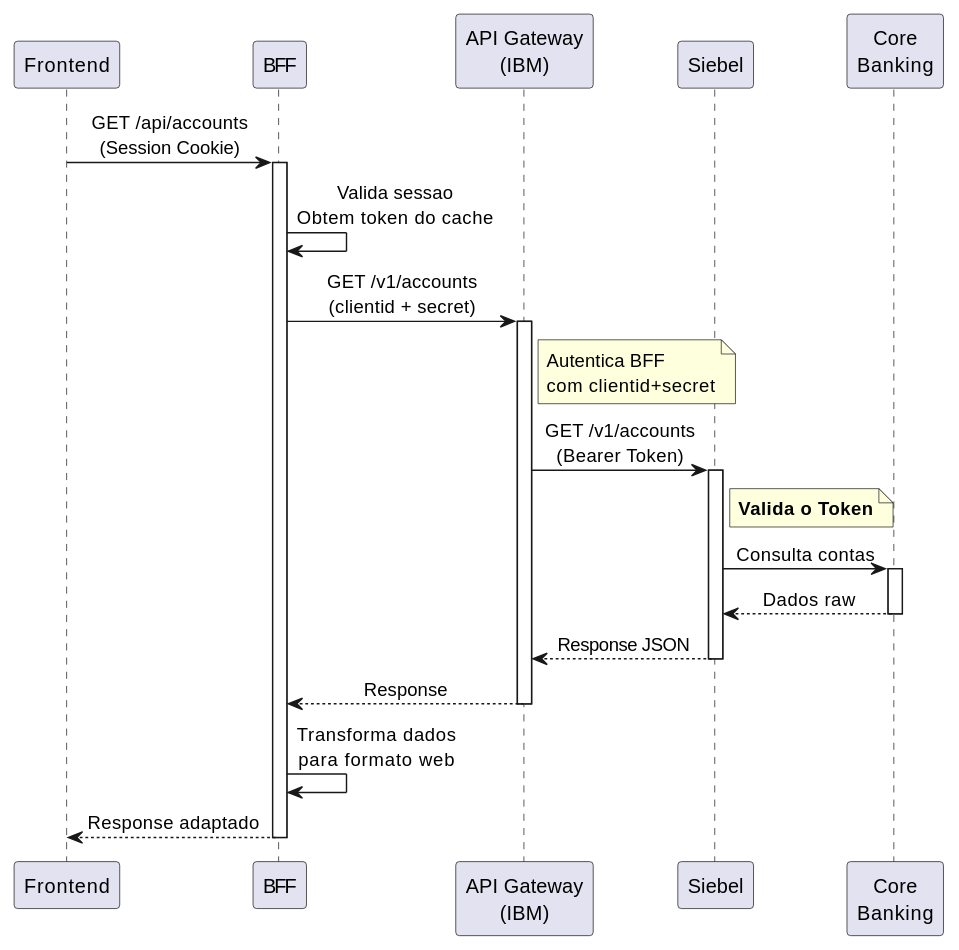
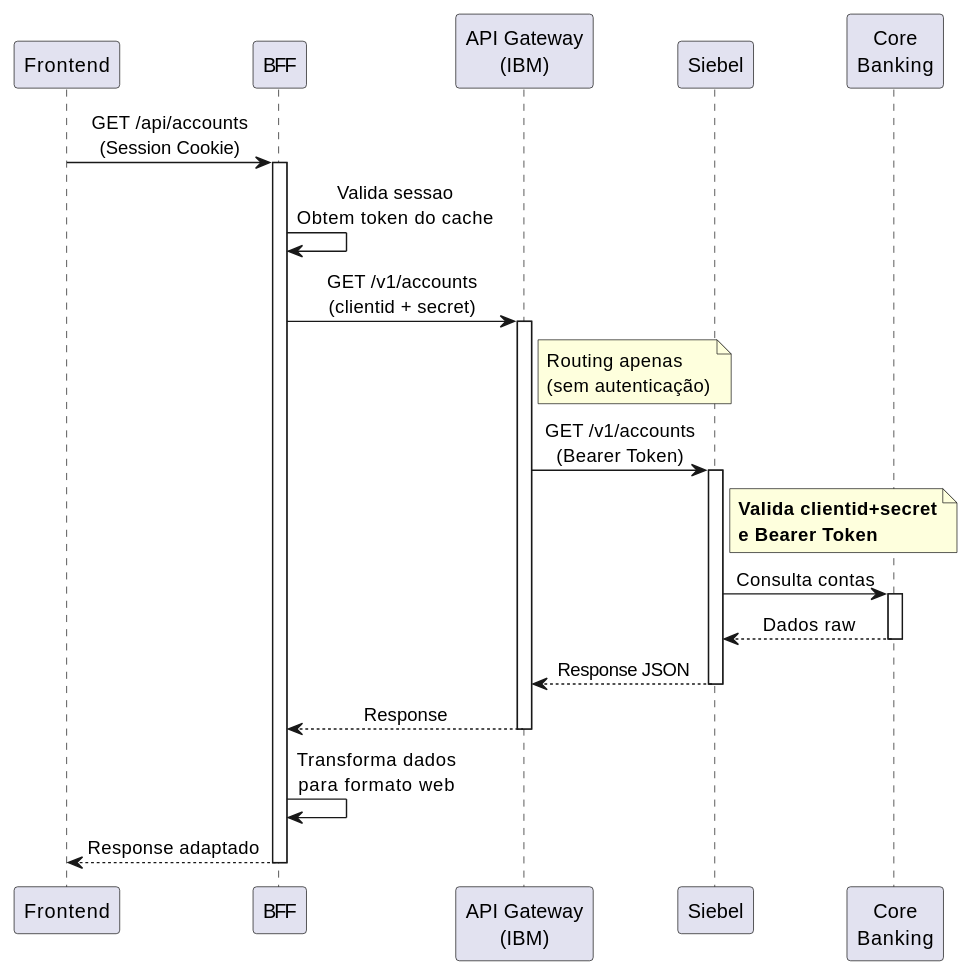
One commit to beduardo/novobanco_website_doc changed the first of 3 diagrams in current/sections/SEC-09-integracao-interfaces-externas.md. Above: the diagram before and after it, drawn with PlantUML. The commit also changed other lines of this file and 18 other files, not shown here.

````diff
--- a/current/sections/SEC-09-integracao-interfaces-externas.md
+++ b/current/sections/SEC-09-integracao-interfaces-externas.md
@@ -74,41 +74,41 @@
 ```plantuml
 @startuml
 skinparam sequenceMessageAlign center
 
 participant "Frontend" as FE
 participant "BFF" as BFF
 participant "API Gateway\n(IBM)" as GW
 participant "Siebel" as SIEBEL
 participant "Core\nBanking" as CB
 
 FE -> BFF : GET /api/accounts\n(Session Cookie)
 activate BFF
 
 BFF -> BFF : Valida sessao\nObtem token do cache
 
 BFF -> GW : GET /v1/accounts\n(clientid + secret)
 activate GW
-note right of GW: Autentica BFF\ncom clientid+secret
+note right of GW: Routing apenas\n(sem autenticação)
 
 GW -> SIEBEL : GET /v1/accounts\n(Bearer Token)
 activate SIEBEL
-note right of SIEBEL: **Valida o Token**
+note right of SIEBEL: **Valida clientid+secret**\n**e Bearer Token**
 
 SIEBEL -> CB : Consulta contas
 activate CB
 CB --> SIEBEL : Dados raw
 deactivate CB
 
 SIEBEL --> GW : Response JSON
 deactivate SIEBEL
 
 GW --> BFF : Response
 deactivate GW
 
 BFF -> BFF : Transforma dados\npara formato web
 
 BFF --> FE : Response adaptado
 deactivate BFF
 
 @enduml
 ```
````
